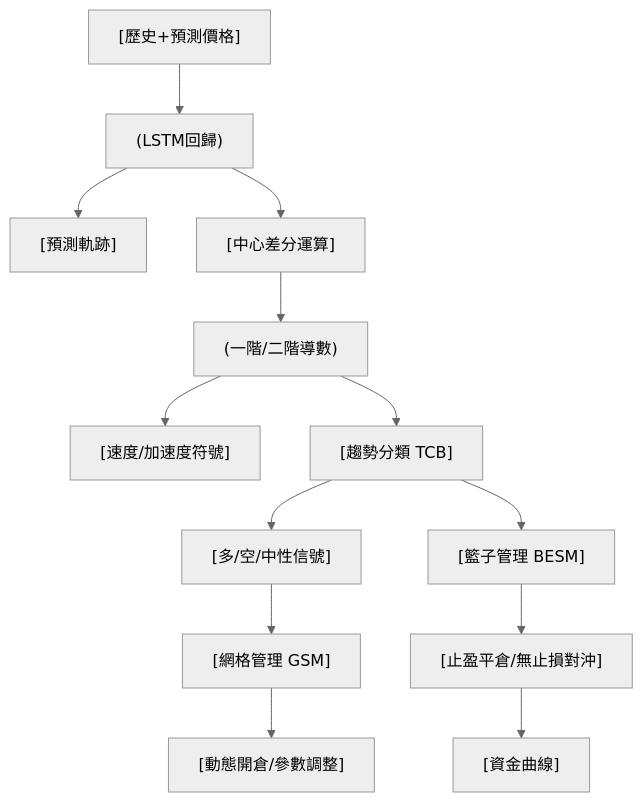
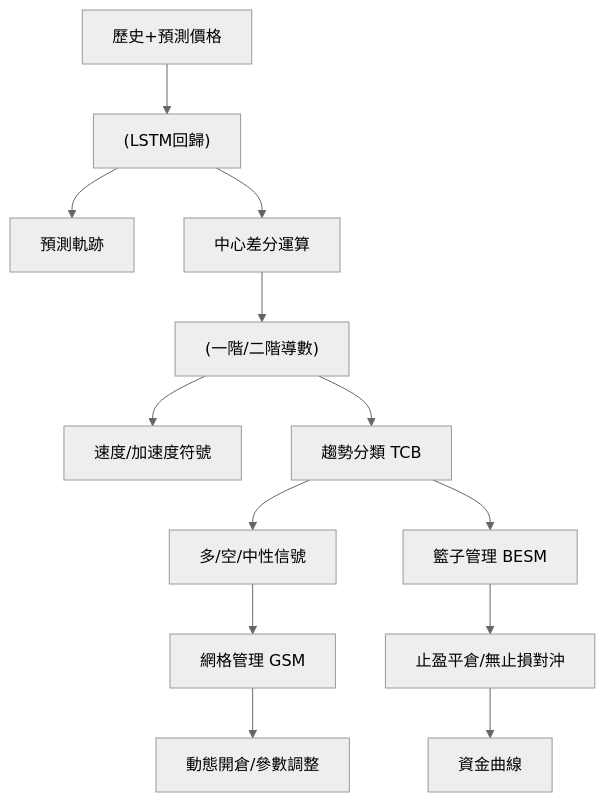
The diagram in foundations/time-series-forecasting/gtsbot.md (sou350121/Trading-Handbook), drawn with Mermaid (neutral theme) before and after one commit. The commit also changed 191 other files, not shown here.

First line of the commit message:
render: fix math + mermaid for GitHub across the corpus (188 pages)

````diff
--- a/foundations/time-series-forecasting/gtsbot.md
+++ b/foundations/time-series-forecasting/gtsbot.md
@@ -32,15 +32,15 @@
 ```mermaid
 flowchart TD
-    N1["[歷史+預測價格]"] --> N2["(LSTM回歸)"]
-    N2 --> N3["[預測軌跡]"]
-    N2 --> N4["[中心差分運算]"]
+    N1["歷史+預測價格"] --> N2["(LSTM回歸)"]
+    N2 --> N3["預測軌跡"]
+    N2 --> N4["中心差分運算"]
     N4 --> N5["(一階/二階導數)"]
-    N5 --> N6["[速度/加速度符號]"]
-    N5 --> N7["[趨勢分類 TCB]"]
-    N7 --> N8["[多/空/中性信號]"]
-    N8 --> N9["[網格管理 GSM]"]
-    N9 --> N10["[動態開倉/參數調整]"]
-    N7 --> N11["[籃子管理 BESM]"]
-    N11 --> N12["[止盈平倉/無止損對沖]"]
-    N12 --> N13["[資金曲線]"]
+    N5 --> N6["速度/加速度符號"]
+    N5 --> N7["趨勢分類 TCB"]
+    N7 --> N8["多/空/中性信號"]
+    N8 --> N9["網格管理 GSM"]
+    N9 --> N10["動態開倉/參數調整"]
+    N7 --> N11["籃子管理 BESM"]
+    N11 --> N12["止盈平倉/無止損對沖"]
+    N12 --> N13["資金曲線"]
 ```
````
